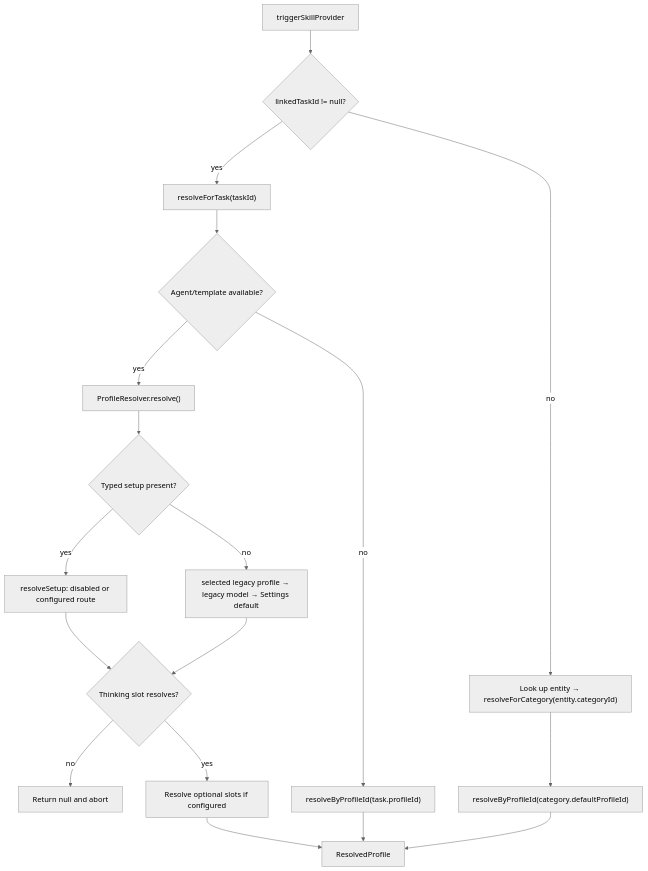
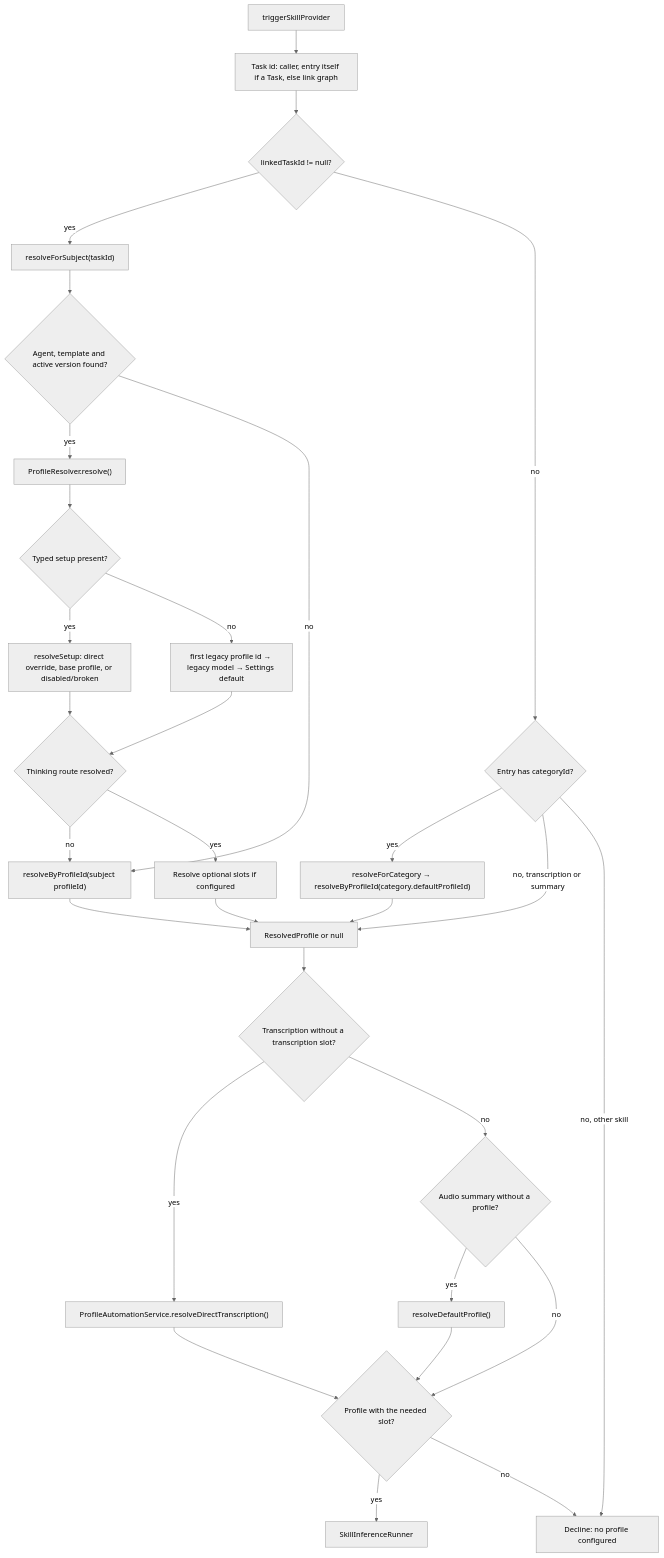
Before and after one commit to matthiasn/lotti: the diagram in knowledge/features/ai/profile-resolution.md, drawn with Mermaid (neutral theme). The commit also changed other lines of this file and 10 other files, not shown here.

````diff
--- a/knowledge/features/ai/profile-resolution.md
+++ b/knowledge/features/ai/profile-resolution.md
@@ -59,24 +82,36 @@
 ```mermaid
 flowchart TD
-  Trigger["triggerSkillProvider"] --> HasTask{"linkedTaskId != null?"}
+  Trigger["triggerSkillProvider"] --> LinkTask["Task id: caller, entry itself if a Task, else link graph"]
+  LinkTask --> HasTask{"linkedTaskId != null?"}
 
-  HasTask -->|yes| TaskBranch["resolveForTask(taskId)"]
-  HasTask -->|no| CategoryBranch["Look up entity → resolveForCategory(entity.categoryId)"]
+  HasTask -->|yes| SubjectBranch["resolveForSubject(taskId)"]
+  HasTask -->|no| HasCategory{"Entry has categoryId?"}
+  HasCategory -->|yes| CategoryProfile["resolveForCategory → resolveByProfileId(category.defaultProfileId)"]
+  HasCategory -->|no, transcription or summary| Result
+  HasCategory -->|no, other skill| Decline["Decline: no profile configured"]
 
-  TaskBranch --> AgentPath{"Agent/template available?"}
+  SubjectBranch --> AgentPath{"Agent, template and active version found?"}
   AgentPath -->|yes| ProfileResolve["ProfileResolver.resolve()"]
-  AgentPath -->|no| TaskProfile["resolveByProfileId(task.profileId)"]
-
-  CategoryBranch --> CategoryProfile["resolveByProfileId(category.defaultProfileId)"]
+  AgentPath -->|no| SubjectProfile["resolveByProfileId(subject profileId)"]
 
   ProfileResolve --> Typed{"Typed setup present?"}
-  Typed -->|yes| Setup["resolveSetup: disabled or configured route"]
-  Setup --> Thinking
-  Typed -->|no| Chain["selected legacy profile → legacy model → Settings default"]
-  Chain --> Thinking{"Thinking slot resolves?"}
-  Thinking -->|no| Abort["Return null and abort"]
+  Typed -->|yes| Setup["resolveSetup: direct override, base profile, or disabled/broken"]
+  Typed -->|no| Chain["first legacy profile id → legacy model → Settings default"]
+  Setup --> Thinking{"Thinking route resolved?"}
+  Chain --> Thinking
+  Thinking -->|no| SubjectProfile
   Thinking -->|yes| Optional["Resolve optional slots if configured"]
-  Optional --> Result["ResolvedProfile"]
-  TaskProfile --> Result
+  Optional --> Result["ResolvedProfile or null"]
+  SubjectProfile --> Result
   CategoryProfile --> Result
+
+  Result --> NeedsStt{"Transcription without a transcription slot?"}
+  NeedsStt -->|yes| Direct["ProfileAutomationService.resolveDirectTranscription()"]
+  NeedsStt -->|no| NeedsDefault{"Audio summary without a profile?"}
+  NeedsDefault -->|yes| Default["resolveDefaultProfile()"]
+  NeedsDefault -->|no| Runnable
+  Direct --> Runnable
+  Default --> Runnable
+  Runnable{"Profile with the needed slot?"} -->|yes| Runner["SkillInferenceRunner"]
+  Runnable -->|no| Decline
 ```
````
